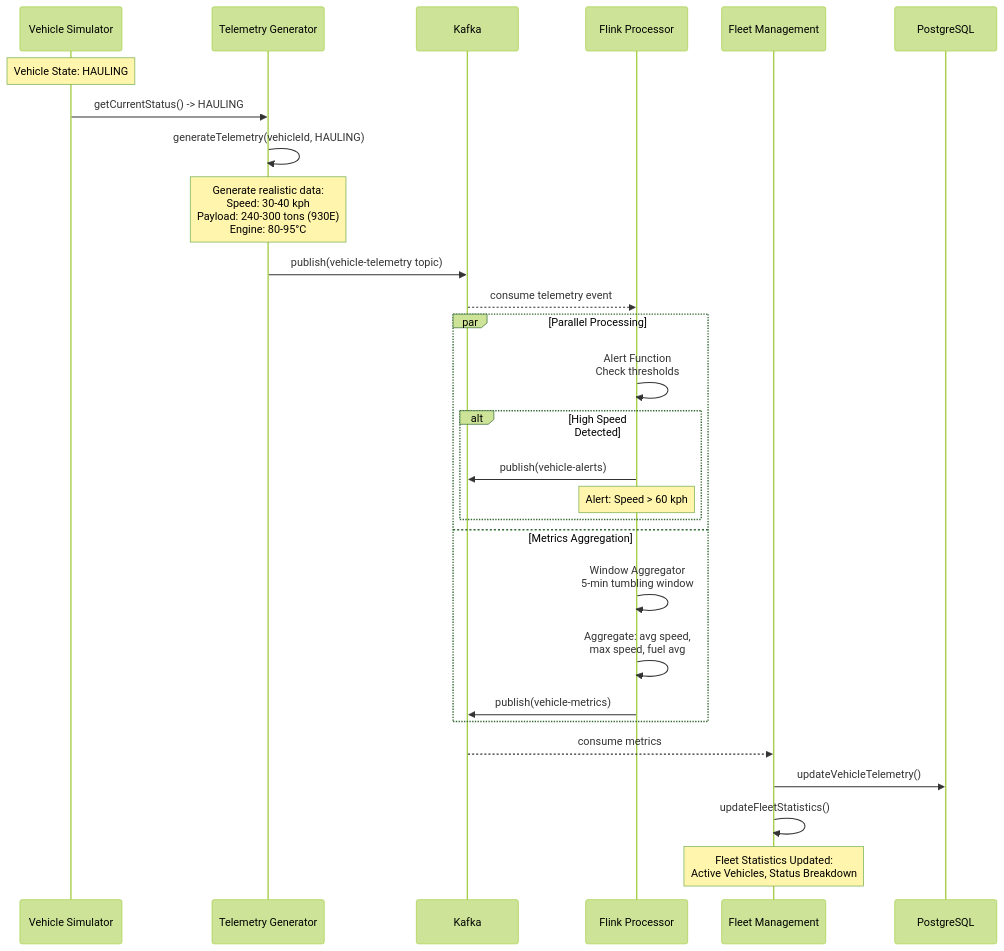
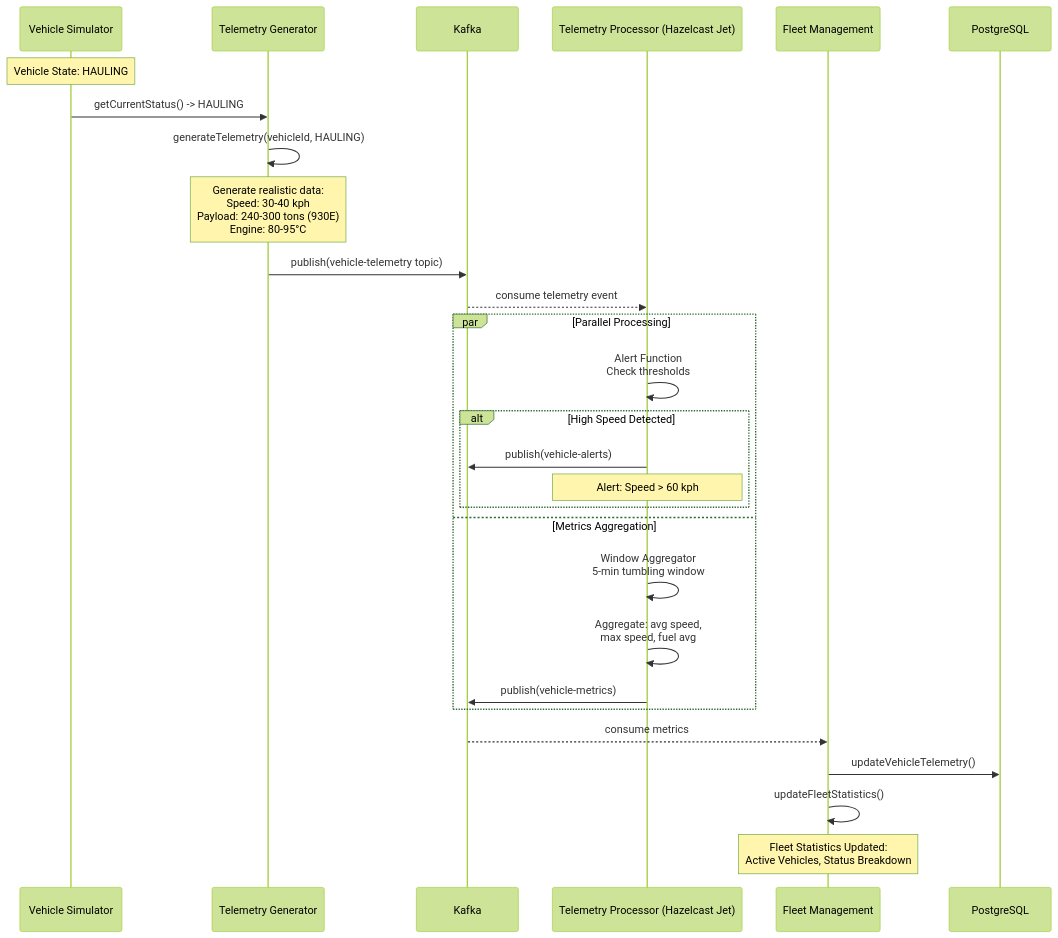
Before and after one commit to Shallako/ShuzAHS: the second of 18 diagrams in DIAGRAMS.md, drawn with Mermaid (forest theme). The commit also changed other lines of this file and 3 other files, not shown here.

Commit message:
Migrate stream processing from Flink to Hazelcast Jet (embedded), update associated documentation, diagrams, and pipeline references, and remove outdated Flink-specific configurations and scripts.

````diff
--- a/DIAGRAMS.md
+++ b/DIAGRAMS.md
@@ -91,36 +91,36 @@
 ```mermaid
 sequenceDiagram
     participant VS as Vehicle Simulator
     participant TDG as Telemetry Generator
     participant K as Kafka
-    participant F as Flink Processor
+    participant F as Telemetry Processor (Hazelcast Jet)
     participant FM as Fleet Management
     participant DB as PostgreSQL
     
     Note over VS: Vehicle State: HAULING
     VS->>TDG: getCurrentStatus() -> HAULING
     TDG->>TDG: generateTelemetry(vehicleId, HAULING)
     
     Note over TDG: Generate realistic data:<br/>Speed: 30-40 kph<br/>Payload: 240-300 tons (930E)<br/>Engine: 80-95°C
     
     TDG->>K: publish(vehicle-telemetry topic)
     K-->>F: consume telemetry event
     
     par Parallel Processing
         F->>F: Alert Function<br/>Check thresholds
         alt High Speed Detected
             F->>K: publish(vehicle-alerts)
             Note over F: Alert: Speed > 60 kph
         end
     and Metrics Aggregation
         F->>F: Window Aggregator<br/>5-min tumbling window
         F->>F: Aggregate: avg speed,<br/>max speed, fuel avg
         F->>K: publish(vehicle-metrics)
     end
     
     K-->>FM: consume metrics
     FM->>DB: updateVehicleTelemetry()
     FM->>FM: updateFleetStatistics()
     
     Note over FM: Fleet Statistics Updated:<br/>Active Vehicles, Status Breakdown
 ```
````
